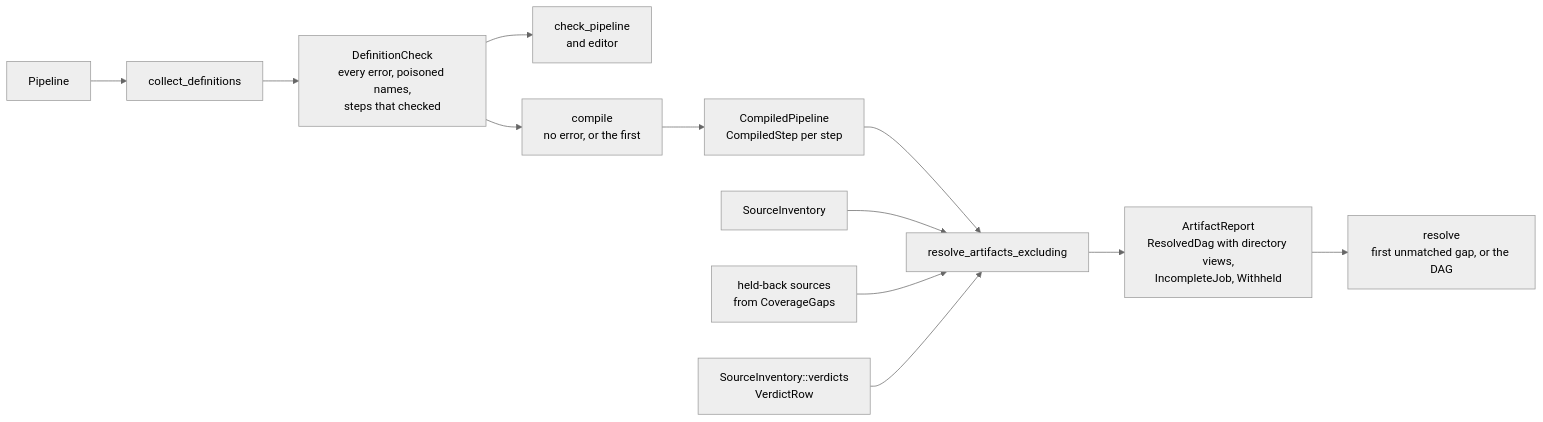
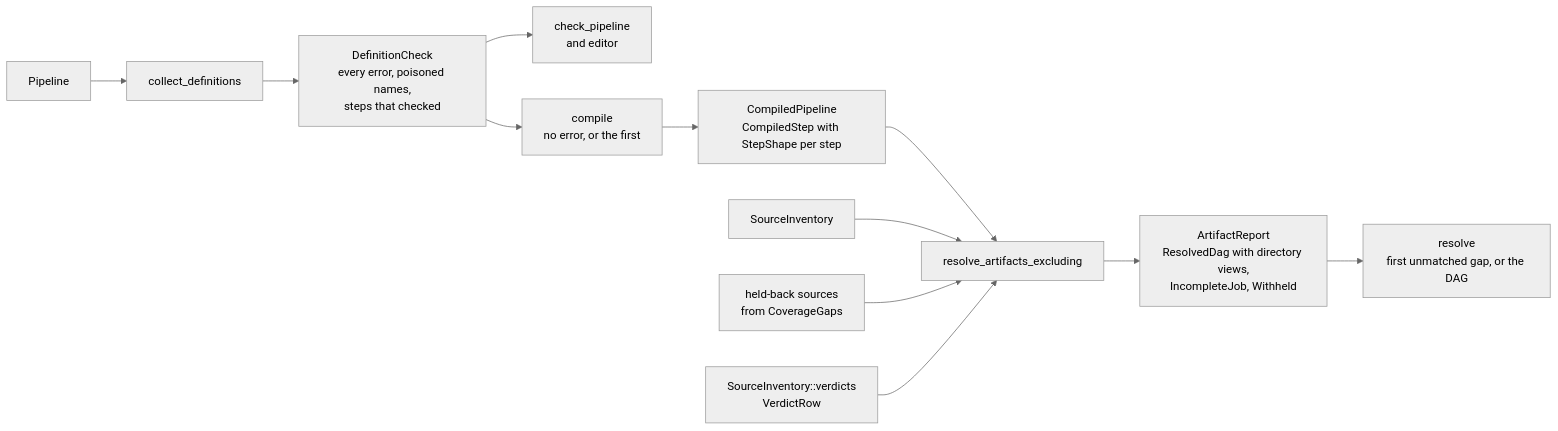
The diagram in docs/architecture/resolution.md (eclnz/spit), drawn with Mermaid (neutral theme) before and after one commit. The commit also changed other lines of this file and 17 other files, not shown here.

````diff
--- a/docs/architecture/resolution.md
+++ b/docs/architecture/resolution.md
@@ -5,14 +5,14 @@
 ```mermaid
 flowchart LR
     pipeline["Pipeline"] --> check["collect_definitions"]
     check --> report["DefinitionCheck<br/>every error, poisoned names,<br/>steps that checked"]
     report --> diagnostics["check_pipeline<br/>and editor"]
     report --> compile["compile<br/>no error, or the first"]
-    compile --> compiled["CompiledPipeline<br/>CompiledStep per step"]
+    compile --> compiled["CompiledPipeline<br/>CompiledStep with StepShape per step"]
     compiled --> expand["resolve_artifacts_excluding"]
     inventory["SourceInventory"] --> expand
     held["held-back sources<br/>from CoverageGaps"] --> expand
     verdicts["SourceInventory::verdicts<br/>VerdictRow"] --> expand
     expand --> artifacts["ArtifactReport<br/>ResolvedDag with directory views,<br/>IncompleteJob, Withheld"]
     artifacts --> resolve["resolve<br/>first unmatched gap, or the DAG"]
 ```
````
